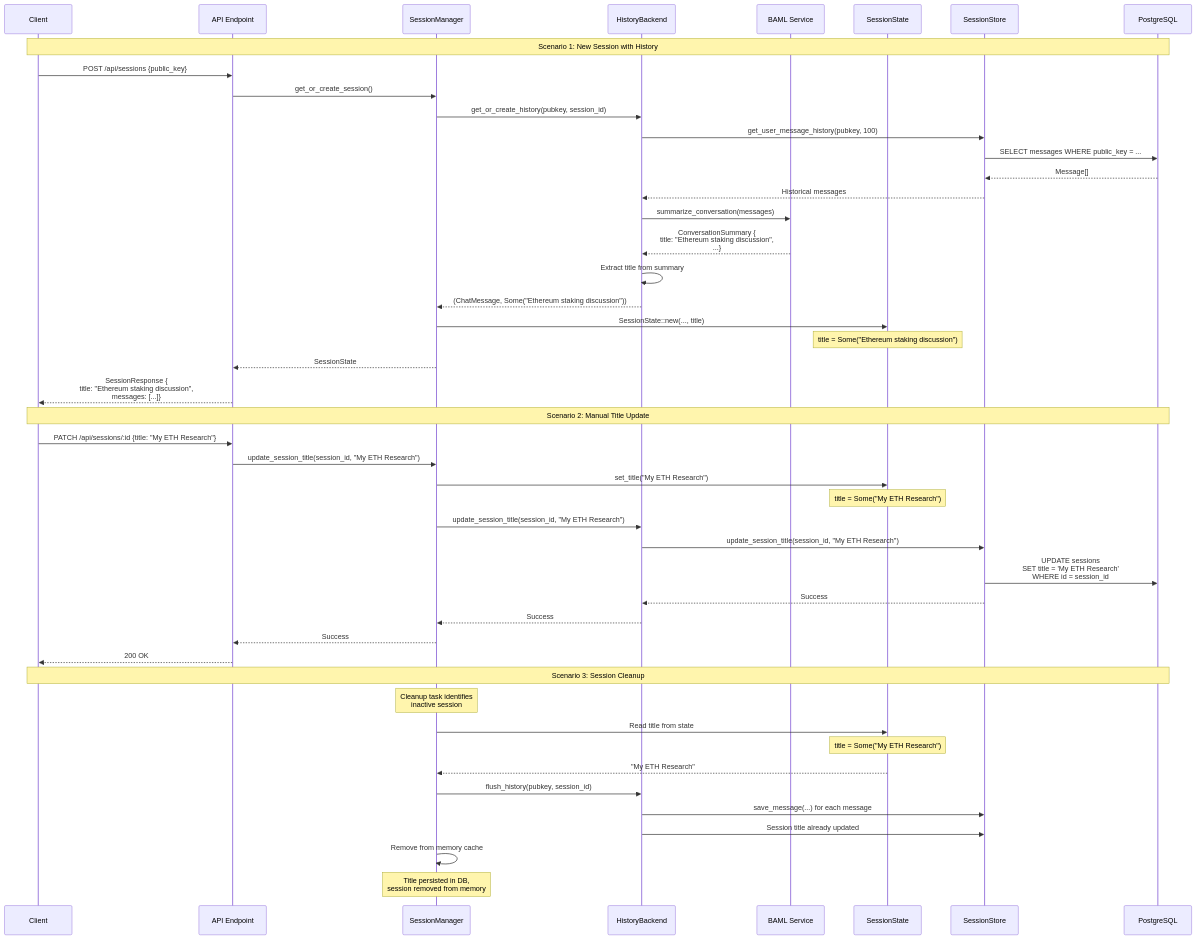
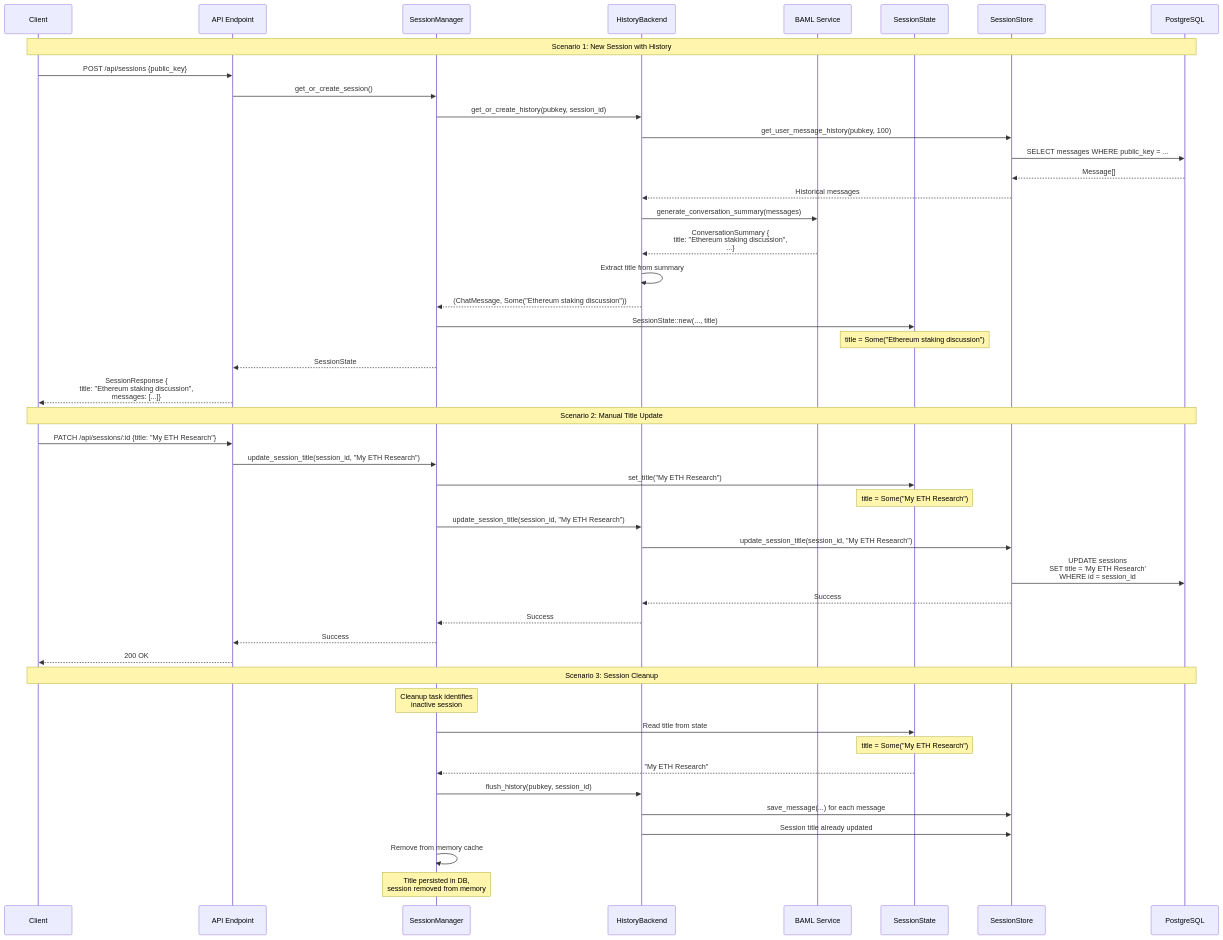
Before and after one commit to aomi-labs/product-mono: the first of 2 diagrams in aomi/TITLE_IMPLEMENTATION_PLAN.md, drawn with Mermaid. The commit also changed other lines of this file and 5 other files, not shown here.

````diff
--- a/aomi/TITLE_IMPLEMENTATION_PLAN.md
+++ b/aomi/TITLE_IMPLEMENTATION_PLAN.md
@@ -54,65 +54,65 @@
 ```mermaid
 sequenceDiagram
     participant Client
     participant API as API Endpoint
     participant SM as SessionManager
     participant HB as HistoryBackend
     participant BAML as BAML Service
     participant SS as SessionState
     participant DB as SessionStore
     participant PG as PostgreSQL
 
     Note over Client,PG: Scenario 1: New Session with History
 
     Client->>API: POST /api/sessions {public_key}
     API->>SM: get_or_create_session()
     SM->>HB: get_or_create_history(pubkey, session_id)
 
     HB->>DB: get_user_message_history(pubkey, 100)
     DB->>PG: SELECT messages WHERE public_key = ...
     PG-->>DB: Message[]
     DB-->>HB: Historical messages
 
-    HB->>BAML: summarize_conversation(messages)
+    HB->>BAML: generate_conversation_summary(messages)
     BAML-->>HB: ConversationSummary {<br/>  title: "Ethereum staking discussion",<br/>  ...}
 
     HB->>HB: Extract title from summary
     HB-->>SM: (ChatMessage, Some("Ethereum staking discussion"))
 
     SM->>SS: SessionState::new(..., title)
     Note over SS: title = Some("Ethereum staking discussion")
     SM-->>API: SessionState
 
     API-->>Client: SessionResponse {<br/>  title: "Ethereum staking discussion",<br/>  messages: [...]}
 
     Note over Client,PG: Scenario 2: Manual Title Update
 
     Client->>API: PATCH /api/sessions/:id {title: "My ETH Research"}
     API->>SM: update_session_title(session_id, "My ETH Research")
 
     SM->>SS: set_title("My ETH Research")
     Note over SS: title = Some("My ETH Research")
 
     SM->>HB: update_session_title(session_id, "My ETH Research")
     HB->>DB: update_session_title(session_id, "My ETH Research")
     DB->>PG: UPDATE sessions<br/>SET title = 'My ETH Research'<br/>WHERE id = session_id
 
     DB-->>HB: Success
     HB-->>SM: Success
     SM-->>API: Success
     API-->>Client: 200 OK
 
     Note over Client,PG: Scenario 3: Session Cleanup
 
     Note over SM: Cleanup task identifies<br/>inactive session
     SM->>SS: Read title from state
     Note over SS: title = Some("My ETH Research")
     SS-->>SM: "My ETH Research"
 
     SM->>HB: flush_history(pubkey, session_id)
     HB->>DB: save_message(...) for each message
     HB->>DB: Session title already updated
 
     SM->>SM: Remove from memory cache
     Note over SM: Title persisted in DB,<br/>session removed from memory
 ```
````
